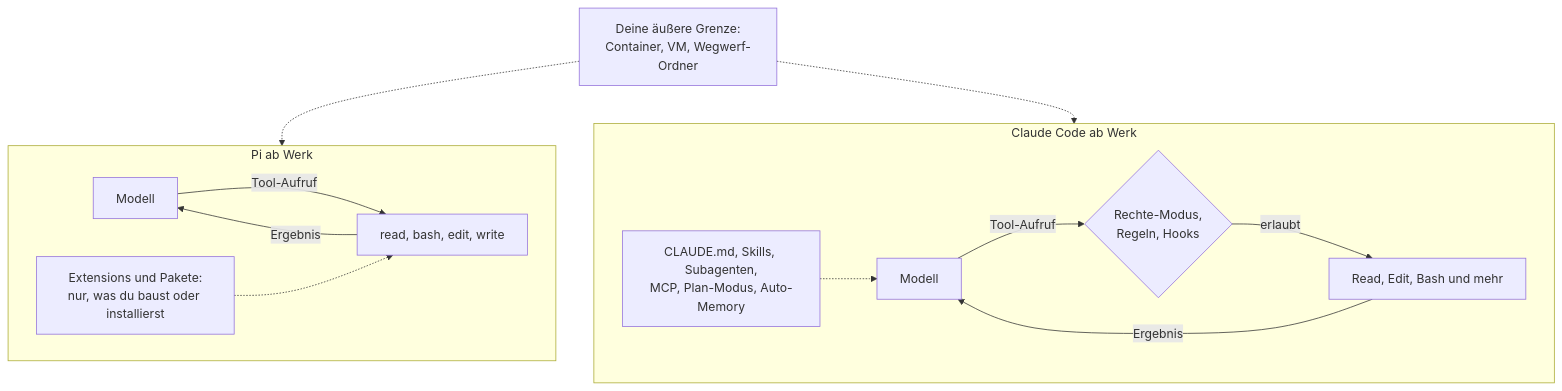
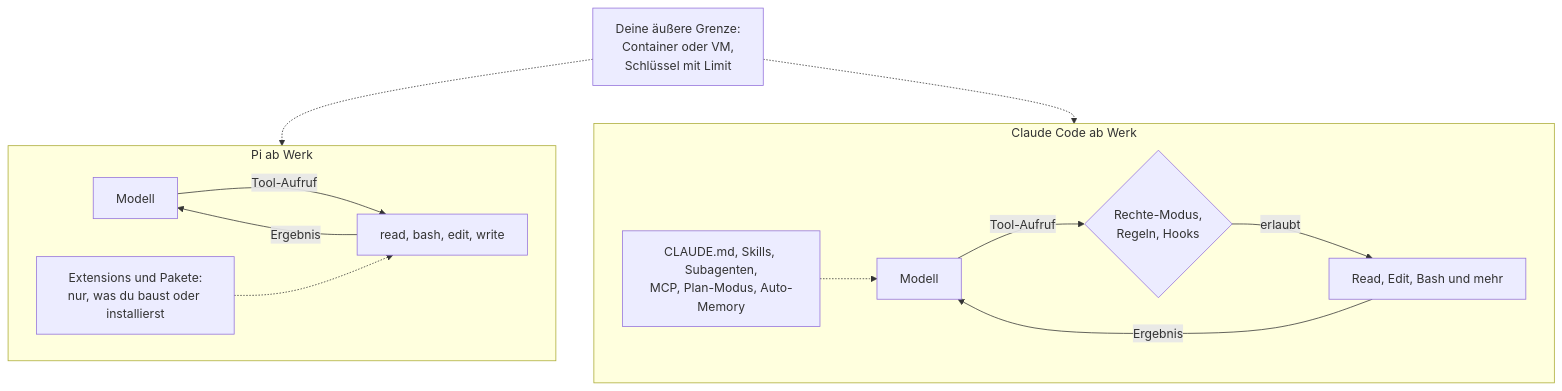
Before and after one commit to dynamic-dome/dynamic-workshop: the diagram in resources/library/x-03-pi-als-spiegel.md, drawn with Mermaid. The commit also changed other lines of this file and 4 other files, not shown here.

````diff
--- a/resources/library/x-03-pi-als-spiegel.md
+++ b/resources/library/x-03-pi-als-spiegel.md
@@ -56,16 +56,16 @@
 ```mermaid
 flowchart TB
   subgraph PI["Pi ab Werk"]
     PM["Modell"] -- "Tool-Aufruf" --> PT["read, bash, edit, write"]
     PT -- "Ergebnis" --> PM
     PX["Extensions und Pakete:<br/>nur, was du baust oder installierst"] -.-> PT
   end
   subgraph CC["Claude Code ab Werk"]
     CM["Modell"] -- "Tool-Aufruf" --> CG{"Rechte-Modus,<br/>Regeln, Hooks"}
     CG -- "erlaubt" --> CT["Read, Edit, Bash und mehr"]
     CT -- "Ergebnis" --> CM
     CL["CLAUDE.md, Skills, Subagenten,<br/>MCP, Plan-Modus, Auto-Memory"] -.-> CM
   end
-  G["Deine äußere Grenze:<br/>Container, VM, Wegwerf-Ordner"] -.-> PI
+  G["Deine äußere Grenze:<br/>Container oder VM,<br/>Schlüssel mit Limit"] -.-> PI
   G -.-> CC
 ```
````
